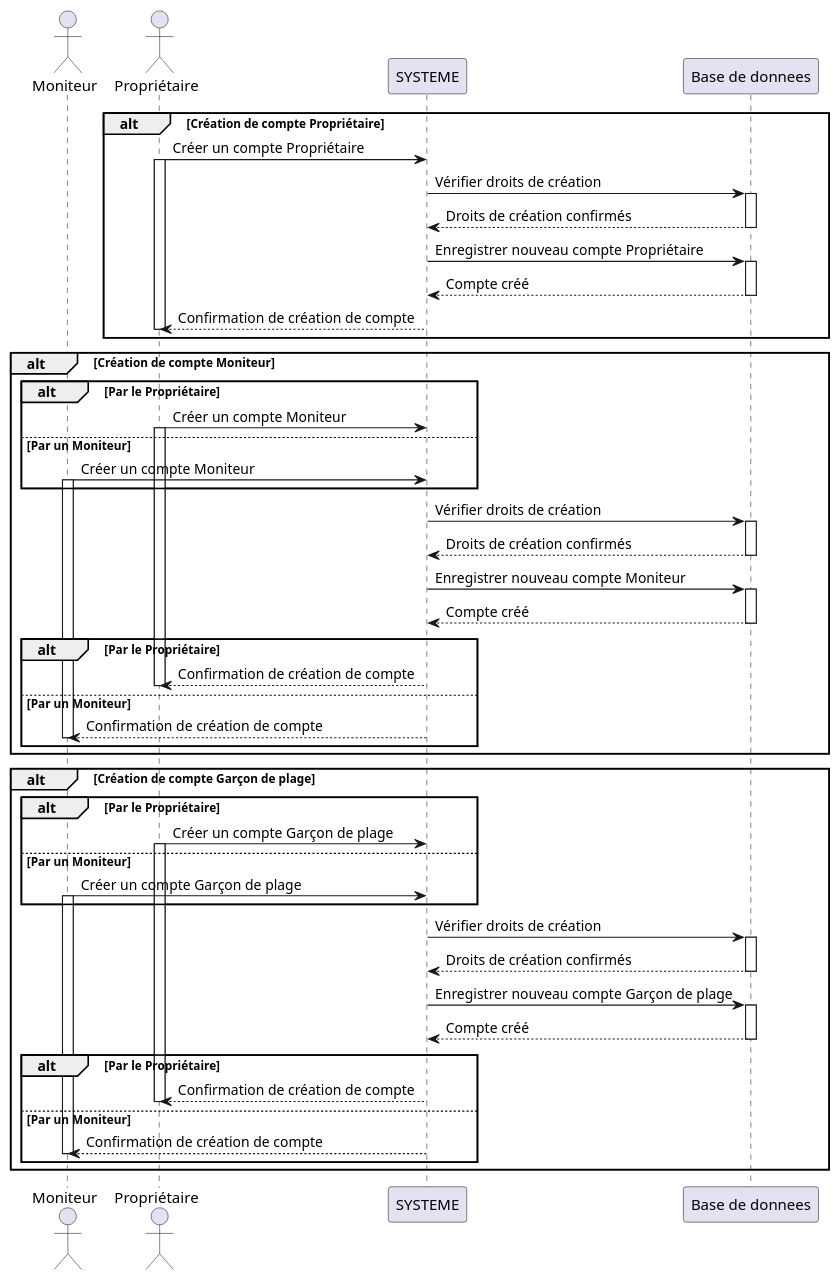
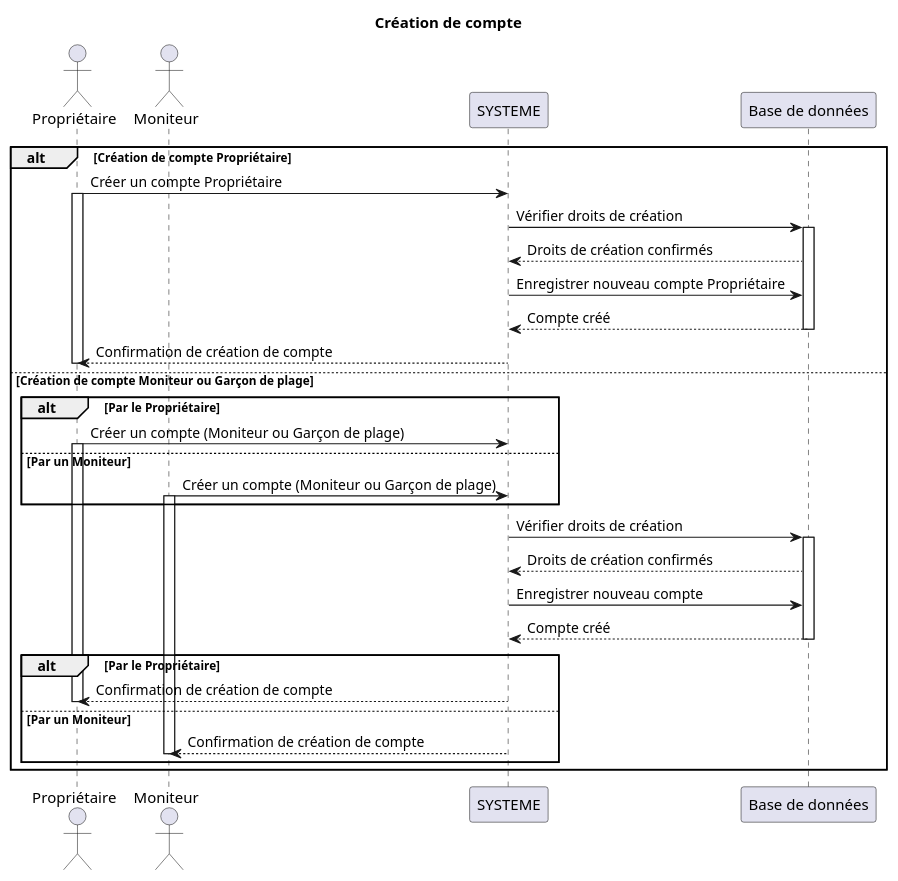
Before and after one commit to Hugo-COLLIN/MIAGE_CSI_NauticalClub: the diagram in docs/1-analysis/sequenceDiagrams/accountCreationSequenceDiagram.puml, drawn with PlantUML.

Commit message:
docs: factorizing

```diff
--- a/docs/1-analysis/sequenceDiagrams/accountCreationSequenceDiagram.puml
+++ b/docs/1-analysis/sequenceDiagrams/accountCreationSequenceDiagram.puml
@@ -1,81 +1,44 @@
 @startuml
+actor "Propriétaire" as P
 actor "Moniteur" as M
-actor "Propriétaire" as P
 participant "SYSTEME" as App
-participant "Base de donnees" as DB
+participant "Base de données" as DB
+
+title Création de compte
 
 alt Création de compte Propriétaire
     P -> App : Créer un compte Propriétaire
     activate P
-
     App -> DB : Vérifier droits de création
     activate DB
     DB --> App : Droits de création confirmés
-    deactivate DB
-
     App -> DB : Enregistrer nouveau compte Propriétaire
-    activate DB
     DB --> App : Compte créé
     deactivate DB
-
     App --> P : Confirmation de création de compte
     deactivate P
-end
-
-alt Création de compte Moniteur
+else Création de compte Moniteur ou Garçon de plage
     alt Par le Propriétaire
-        P -> App : Créer un compte Moniteur
+        P -> App : Créer un compte (Moniteur ou Garçon de plage)
         activate P
     else Par un Moniteur
-        M -> App : Créer un compte Moniteur
+        M -> App : Créer un compte (Moniteur ou Garçon de plage)
         activate M
     end
 
     App -> DB : Vérifier droits de création
     activate DB
     DB --> App : Droits de création confirmés
-    deactivate DB
-
-    App -> DB : Enregistrer nouveau compte Moniteur
-    activate DB
+    App -> DB : Enregistrer nouveau compte
     DB --> App : Compte créé
     deactivate DB
 
     alt Par le Propriétaire
         App --> P : Confirmation de création de compte
         deactivate P
     else Par un Moniteur
         App --> M : Confirmation de création de compte
         deactivate M
     end
 end
-
-alt Création de compte Garçon de plage
-    alt Par le Propriétaire
-        P -> App : Créer un compte Garçon de plage
-        activate P
-    else Par un Moniteur
-        M -> App : Créer un compte Garçon de plage
-        activate M
-    end
-
-    App -> DB : Vérifier droits de création
-    activate DB
-    DB --> App : Droits de création confirmés
-    deactivate DB
-
-    App -> DB : Enregistrer nouveau compte Garçon de plage
-    activate DB
-    DB --> App : Compte créé
-    deactivate DB
-
-    alt Par le Propriétaire
-        App --> P : Confirmation de création de compte
-        deactivate P
-    else Par un Moniteur
-        App --> M : Confirmation de création de compte
-        deactivate M
-    end
-end
-
 @enduml
```
